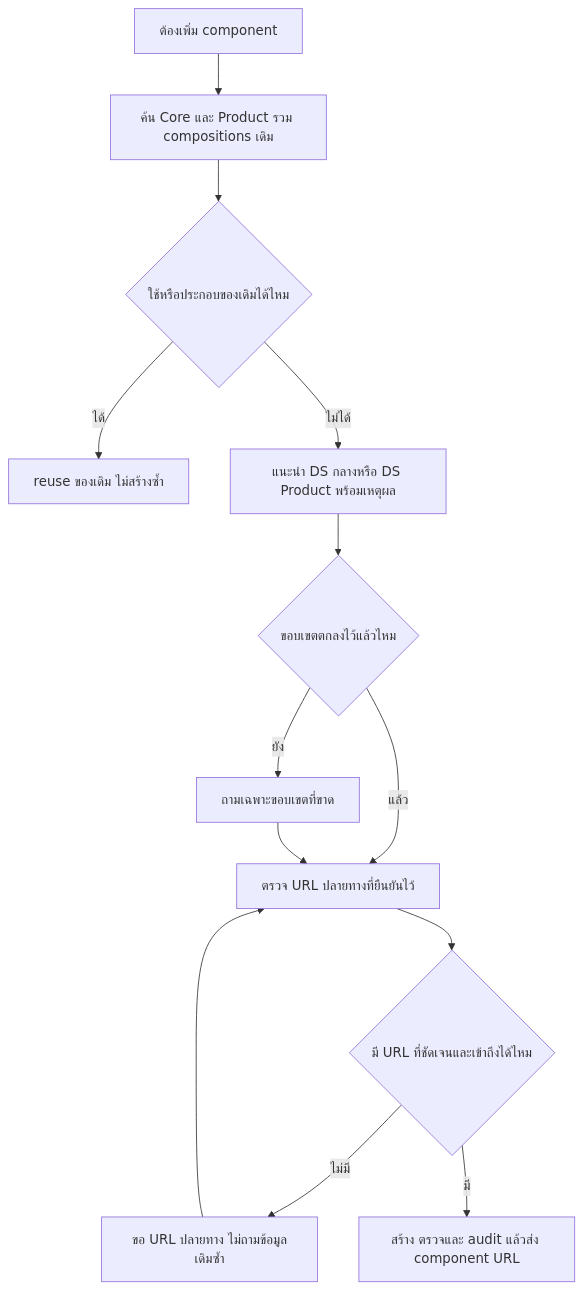
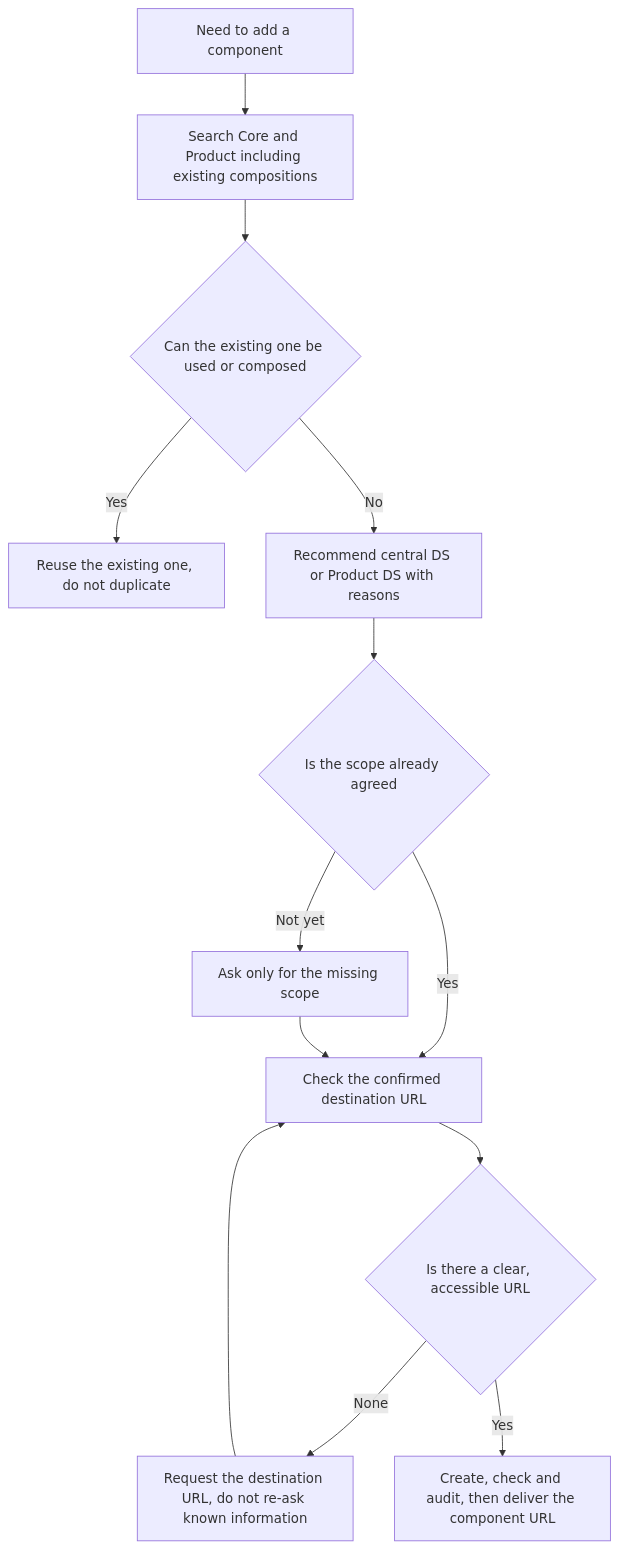
The first of 3 diagrams in design-system/rules/code-to-design-flow.md (PraewNAT/cariva-design-workspace), drawn with Mermaid before and after one commit. The commit also changed other lines of this file and 190 other files, not shown here.

````diff
--- a/design-system/rules/code-to-design-flow.md
+++ b/design-system/rules/code-to-design-flow.md
@@ -21,15 +21,15 @@
 ```mermaid
 flowchart TD
-  Need["ต้องเพิ่ม component"] --> Search["ค้น Core และ Product รวม compositions เดิม"]
-  Search --> Reusable{"ใช้หรือประกอบของเดิมได้ไหม"}
-  Reusable -->|ได้| Reuse["reuse ของเดิม ไม่สร้างซ้ำ"]
-  Reusable -->|ไม่ได้| Recommend["แนะนำ DS กลางหรือ DS Product พร้อมเหตุผล"]
-  Recommend --> Agreed{"ขอบเขตตกลงไว้แล้วไหม"}
-  Agreed -->|แล้ว| Destination["ตรวจ URL ปลายทางที่ยืนยันไว้"]
-  Agreed -->|ยัง| Ask["ถามเฉพาะขอบเขตที่ขาด"]
+  Need["Need to add a component"] --> Search["Search Core and Product including existing compositions"]
+  Search --> Reusable{"Can the existing one be used or composed"}
+  Reusable -->|Yes| Reuse["Reuse the existing one, do not duplicate"]
+  Reusable -->|No| Recommend["Recommend central DS or Product DS with reasons"]
+  Recommend --> Agreed{"Is the scope already agreed"}
+  Agreed -->|Yes| Destination["Check the confirmed destination URL"]
+  Agreed -->|Not yet| Ask["Ask only for the missing scope"]
   Ask --> Destination
-  Destination --> HasUrl{"มี URL ที่ชัดเจนและเข้าถึงได้ไหม"}
-  HasUrl -->|ไม่มี| RequestUrl["ขอ URL ปลายทาง ไม่ถามข้อมูลเดิมซ้ำ"]
+  Destination --> HasUrl{"Is there a clear, accessible URL"}
+  HasUrl -->|None| RequestUrl["Request the destination URL, do not re-ask known information"]
   RequestUrl --> Destination
-  HasUrl -->|มี| Create["สร้าง ตรวจและ audit แล้วส่ง component URL"]
+  HasUrl -->|Yes| Create["Create, check and audit, then deliver the component URL"]
 ```
````
